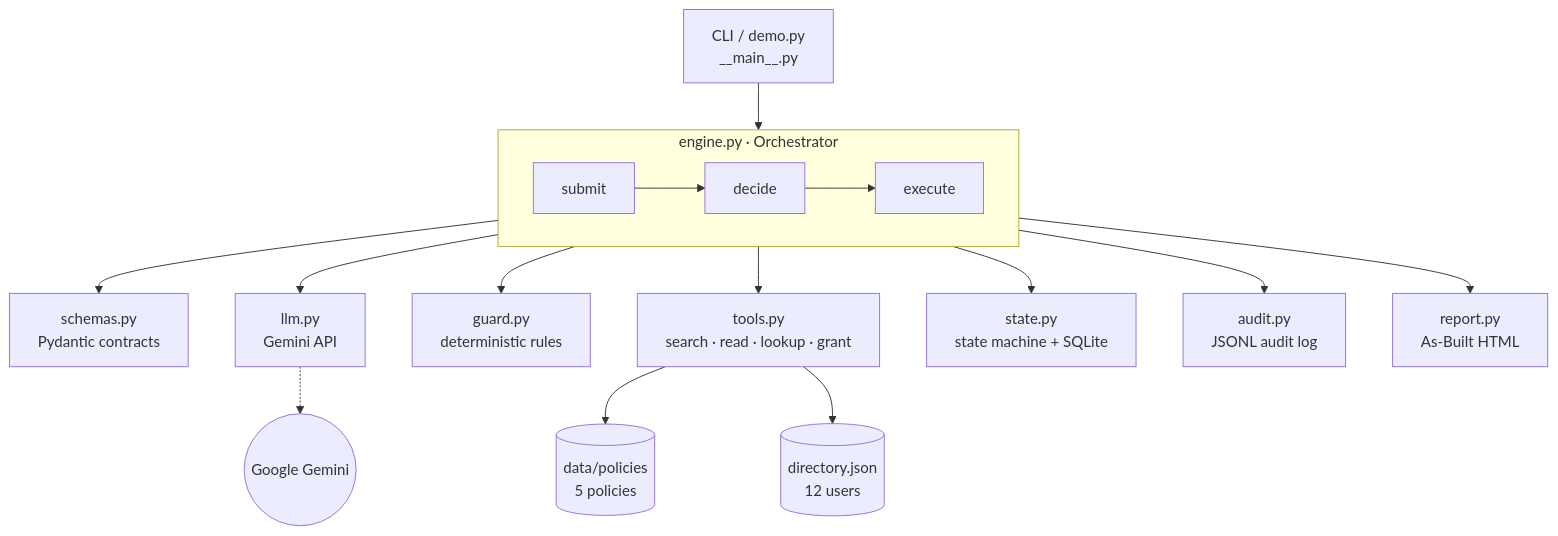
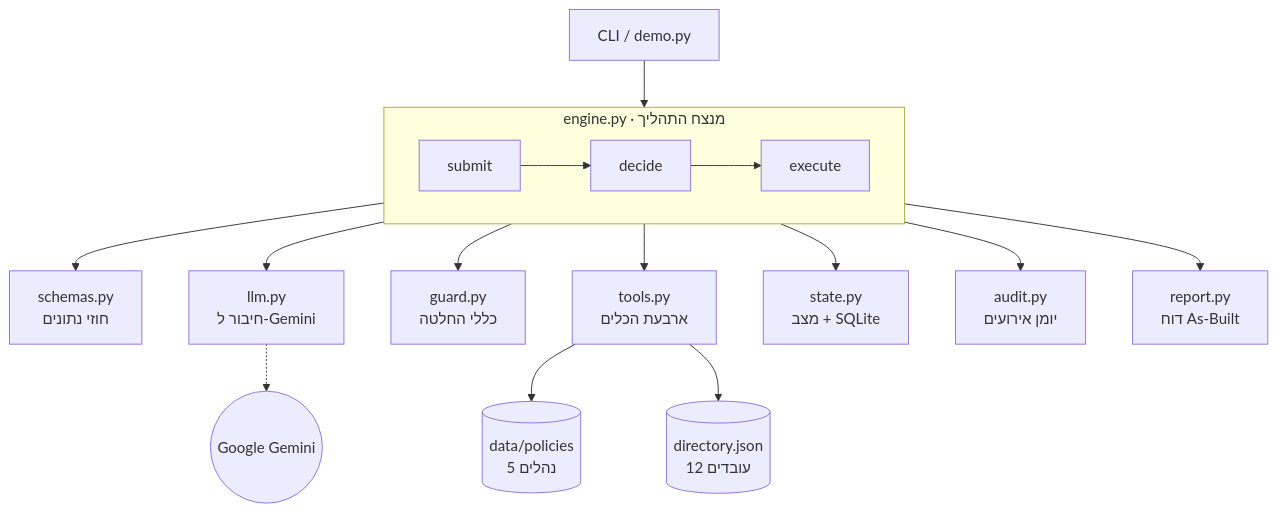
The third of 3 diagrams in README.md (ofriimor/access-request-assistant), drawn with Mermaid before and after one commit. The commit also changed other lines of this file, not shown here.

Commit message:
README in Hebrew with right-to-left layout and flow diagrams

````diff
--- a/README.md
+++ b/README.md
@@ -180,21 +212,21 @@
 ```mermaid
 flowchart TB
-    CLI["CLI / demo.py<br/>__main__.py"] --> ENG
+    CLI["CLI / demo.py"] --> ENG
 
-    subgraph ENG["engine.py · Orchestrator"]
+    subgraph ENG["engine.py · מנצח התהליך"]
         direction LR
         S[submit] --> P[decide] --> X[execute]
     end
 
-    ENG --> SCH["schemas.py<br/>Pydantic contracts"]
-    ENG --> LLM["llm.py<br/>Gemini API"]
-    ENG --> GRD["guard.py<br/>deterministic rules"]
-    ENG --> TLS["tools.py<br/>search · read · lookup · grant"]
-    ENG --> ST["state.py<br/>state machine + SQLite"]
-    ENG --> AUD["audit.py<br/>JSONL audit log"]
-    ENG --> REP["report.py<br/>As-Built HTML"]
+    ENG --> SCH["schemas.py<br/>חוזי נתונים"]
+    ENG --> LLM["llm.py<br/>חיבור ל-Gemini"]
+    ENG --> GRD["guard.py<br/>כללי החלטה"]
+    ENG --> TLS["tools.py<br/>ארבעת הכלים"]
+    ENG --> ST["state.py<br/>מצב + SQLite"]
+    ENG --> AUD["audit.py<br/>יומן אירועים"]
+    ENG --> REP["report.py<br/>דוח As-Built"]
 
-    TLS --> KB[("data/policies<br/>5 policies")]
-    TLS --> DIR[("directory.json<br/>12 users")]
+    TLS --> KB[("data/policies<br/>5 נהלים")]
+    TLS --> DIR[("directory.json<br/>12 עובדים")]
     LLM -.-> GEM(("Google Gemini"))
 ```
````
